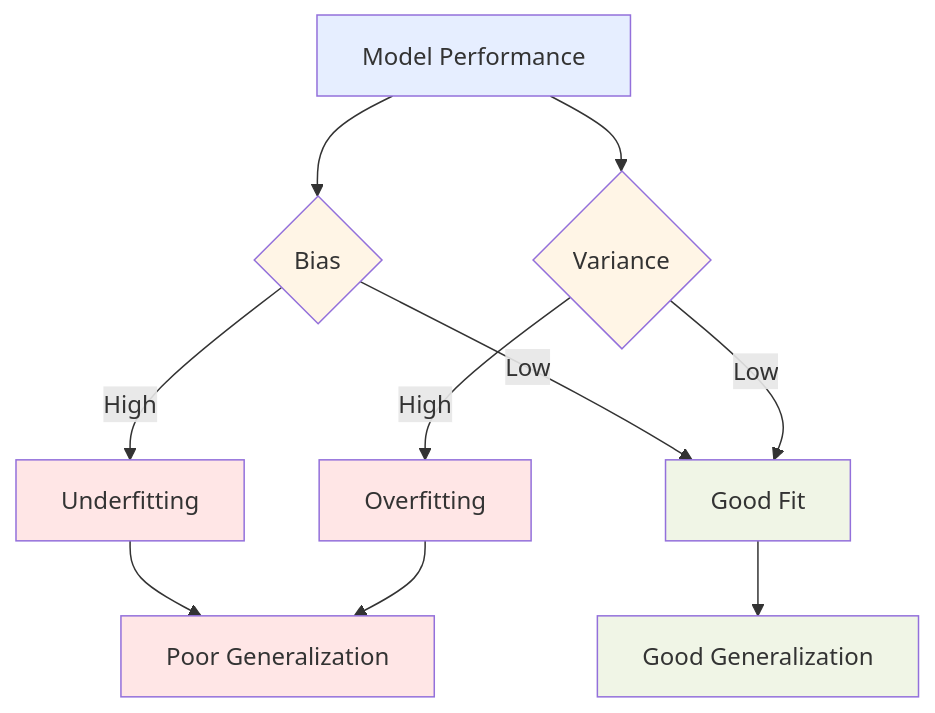
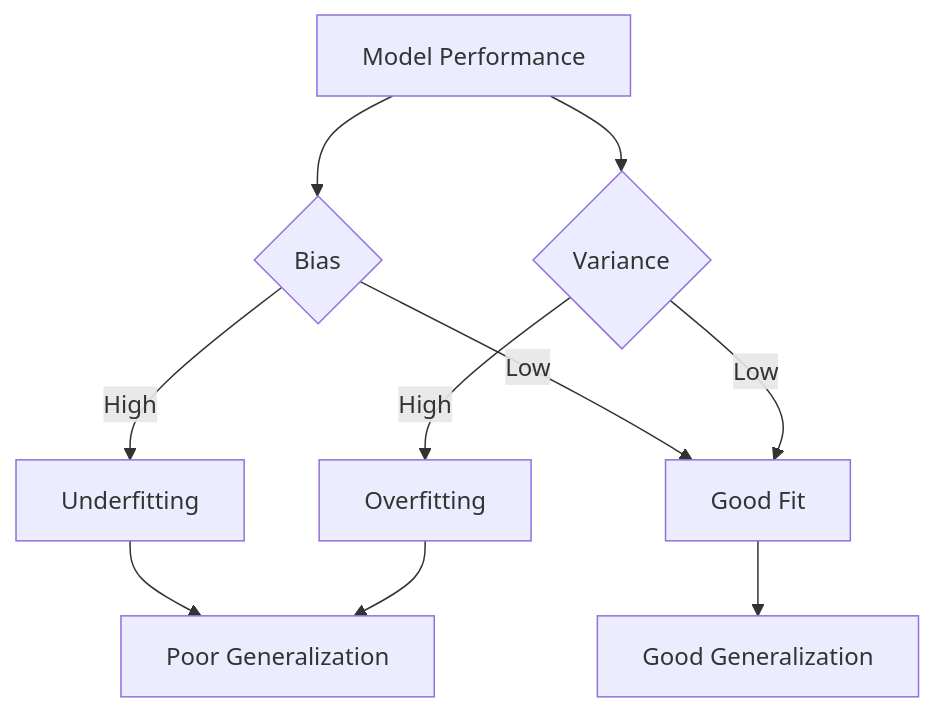
Before and after one commit to CloudCityPress/aws-aif-c01: the sixth of 6 diagrams in english/40_10_Responsible_AI_Systems.md, drawn with Mermaid. The commit also changed other lines of this file and 16 other files, not shown here.

Commit message:
updating Mermaids

````diff
--- a/english/40_10_Responsible_AI_Systems.md
+++ b/english/40_10_Responsible_AI_Systems.md
@@ -248,20 +234,12 @@
 ```mermaid
 flowchart TD
     A[Model Performance] --> B{Bias}
     A --> C{Variance}
     B -->|High| D[Underfitting]
     B -->|Low| E[Good Fit]
     C -->|High| F[Overfitting]
     C -->|Low| E
     D --> G[Poor Generalization]
     F --> G
     E --> H[Good Generalization]
-    style A fill:#e6eeff
-    style B fill:#fff5e6
-    style C fill:#fff5e6
-    style D fill:#ffe6e6
-    style E fill:#f0f5e6
-    style F fill:#ffe6e6
-    style G fill:#ffe6e6
-    style H fill:#f0f5e6
 ```
````
